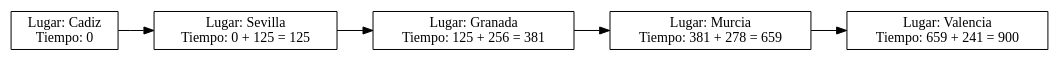
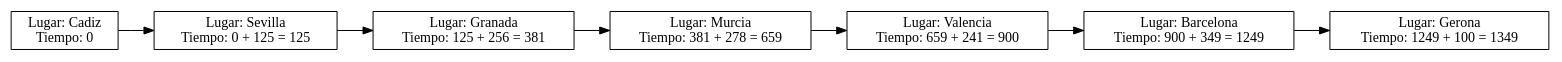
One commit to miguel-tubac/EDD_Proyecto2_202101927 changed the diagram in Reportes/Viaje.dot. Above: the diagram before and after it, drawn with Graphviz. The commit also changed 5 other files, not shown here.

```diff
--- a/Reportes/Viaje.dot
+++ b/Reportes/Viaje.dot
@@ -1,13 +1,17 @@
 digraph ListaEnlazada {
     rankdir=LR;
     node [shape=record];
     node0 [label="Lugar: Cadiz\nTiempo: 0"];
     node1 [label="Lugar: Sevilla\nTiempo: 0 + 125 = 125"];
     node2 [label="Lugar: Granada\nTiempo: 125 + 256 = 381"];
     node3 [label="Lugar: Murcia\nTiempo: 381 + 278 = 659"];
     node4 [label="Lugar: Valencia\nTiempo: 659 + 241 = 900"];
+    node5 [label="Lugar: Barcelona\nTiempo: 900 + 349 = 1249"];
+    node6 [label="Lugar: Gerona\nTiempo: 1249 + 100 = 1349"];
     node0 -> node1;
     node1 -> node2;
     node2 -> node3;
     node3 -> node4;
+    node4 -> node5;
+    node5 -> node6;
 }
```
